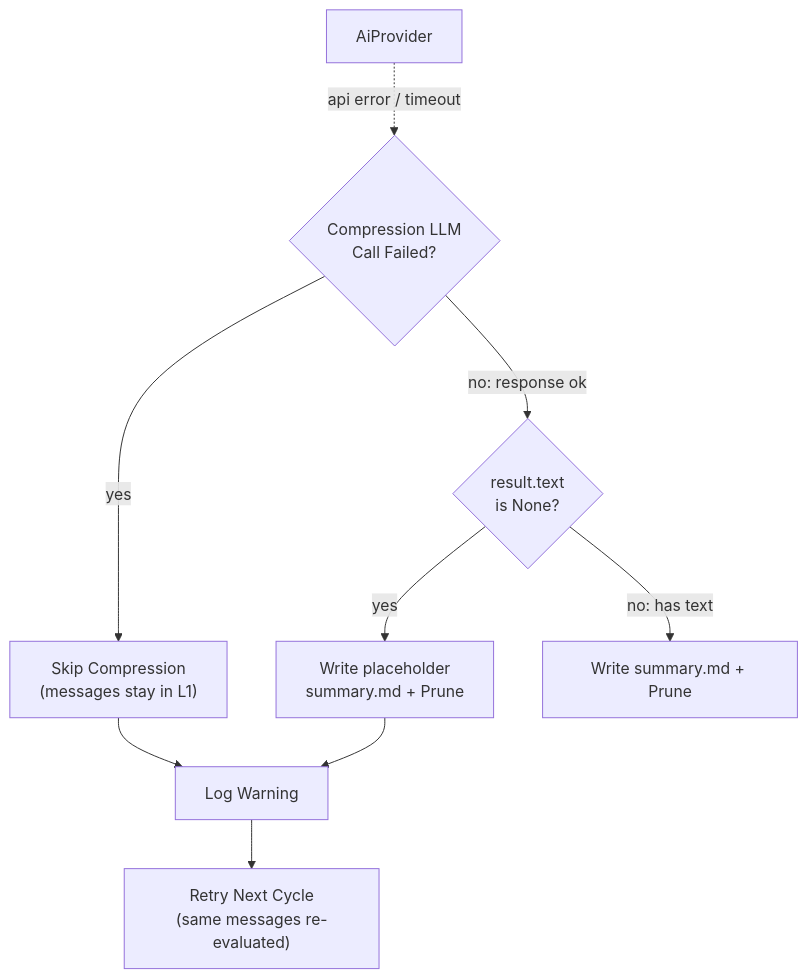
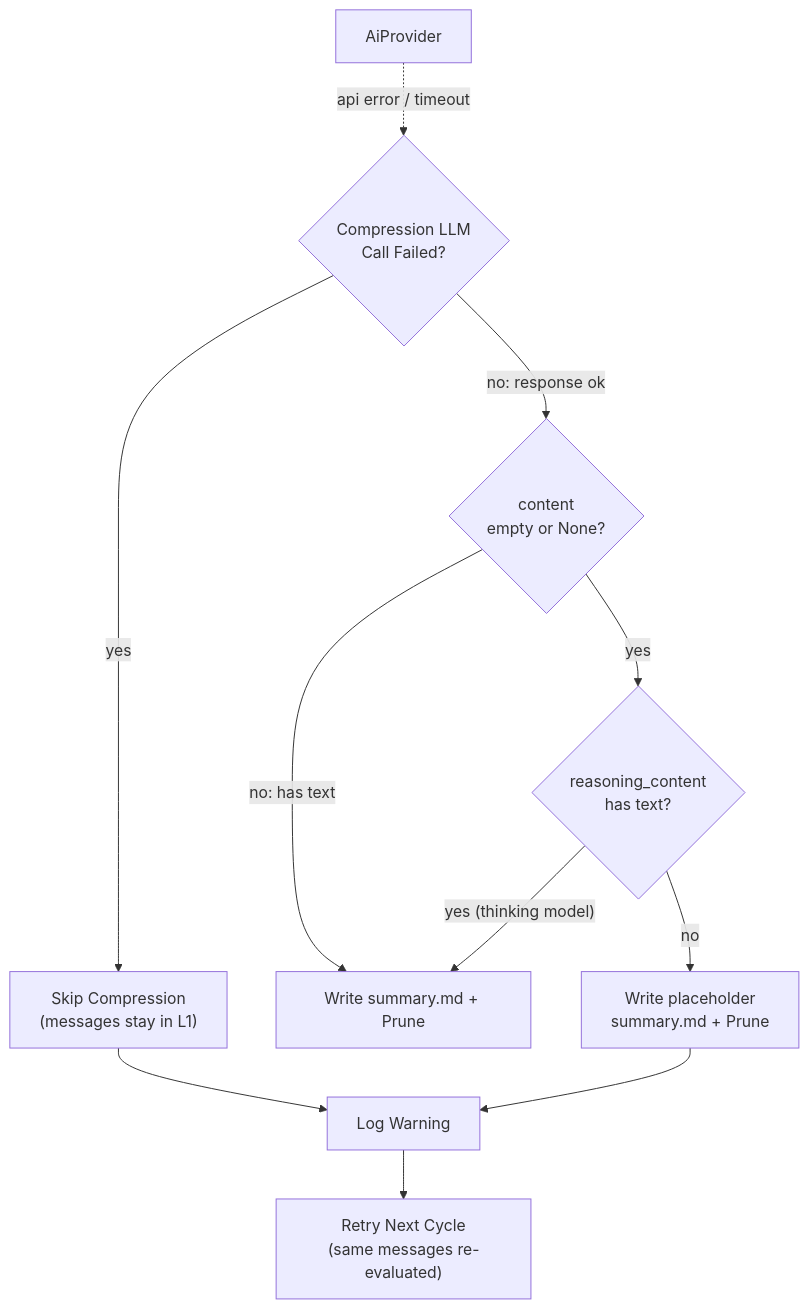
The sixth of 6 diagrams in _dfd/memory/memory-compression.md (cosmoswafer/rockbot), drawn with Mermaid before and after one commit. The commit also changed other lines of this file and 1 other file, not shown here.

First line of the commit message:
docs(dfd): document reasoning_content extraction and compression fallback

````diff
--- a/_dfd/memory/memory-compression.md
+++ b/_dfd/memory/memory-compression.md
@@ -240,20 +240,23 @@
 ```mermaid
 flowchart TD
     AI[AiProvider]
     FAIL{Compression LLM<br/>Call Failed?}
-    NO_TEXT{"result.text<br/>is None?"}
+    NO_TEXT{"content<br/>empty or None?"}
+    HAS_RC{"reasoning_content<br/>has text?"}
     SKIP["Skip Compression<br/>(messages stay in L1)"]
     PLACEHOLDER["Write placeholder<br/>summary.md + Prune"]
     LOG[Log Warning]
     RETRY["Retry Next Cycle<br/>(same messages re-evaluated)"]
     CONTINUE[Write summary.md + Prune]
 
     AI -.->|"api error / timeout"| FAIL
     FAIL -->|"yes"| SKIP
     FAIL -->|"no: response ok"| NO_TEXT
-    NO_TEXT -->|"yes"| PLACEHOLDER
     NO_TEXT -->|"no: has text"| CONTINUE
+    NO_TEXT -->|"yes"| HAS_RC
+    HAS_RC -->|"yes (thinking model)"| CONTINUE
+    HAS_RC -->|"no"| PLACEHOLDER
     SKIP --> LOG
     LOG --> RETRY
     PLACEHOLDER --> LOG
 ```
````
